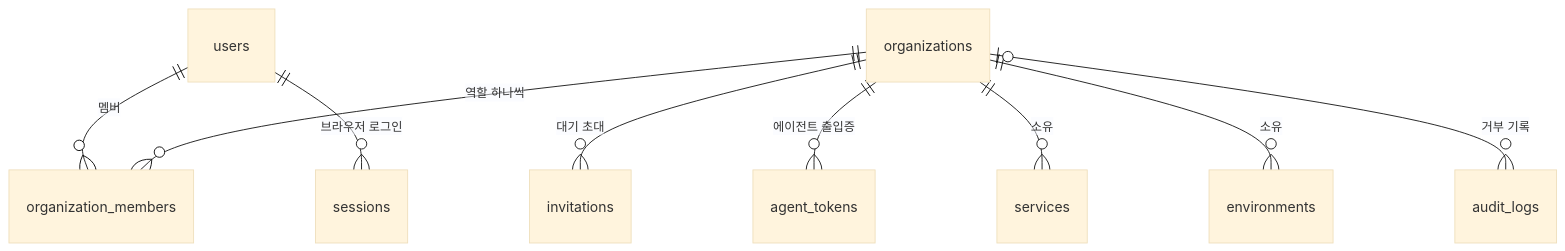
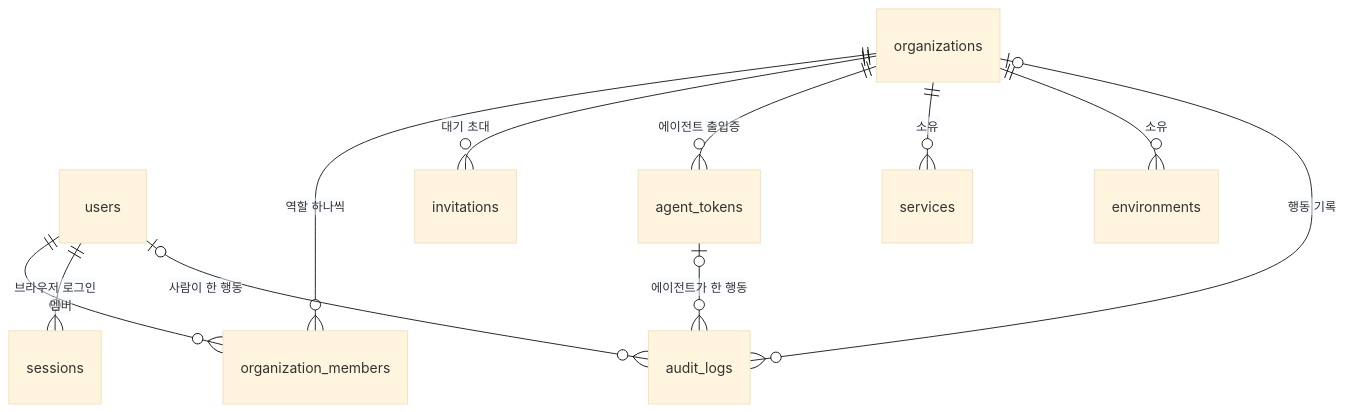
One commit to Softbank-Hackathon-2026-Team-Echo/echo-was changed the seventh of 7 diagrams in docs/schema.md. Above: the diagram before and after it, drawn with Mermaid (base theme). The commit also changed other lines of this file and 5 other files, not shown here.

````diff
--- a/docs/schema.md
+++ b/docs/schema.md
@@ -668,11 +667,13 @@
 ```mermaid
 erDiagram
     users ||--o{ organization_members : "멤버"
     organizations ||--o{ organization_members : "역할 하나씩"
     organizations ||--o{ invitations : "대기 초대"
     users ||--o{ sessions : "브라우저 로그인"
     organizations ||--o{ agent_tokens : "에이전트 출입증"
     organizations ||--o{ services : "소유"
     organizations ||--o{ environments : "소유"
-    organizations |o--o{ audit_logs : "거부 기록"
+    organizations |o--o{ audit_logs : "행동 기록"
+    users |o--o{ audit_logs : "사람이 한 행동"
+    agent_tokens |o--o{ audit_logs : "에이전트가 한 행동"
 ```
````
